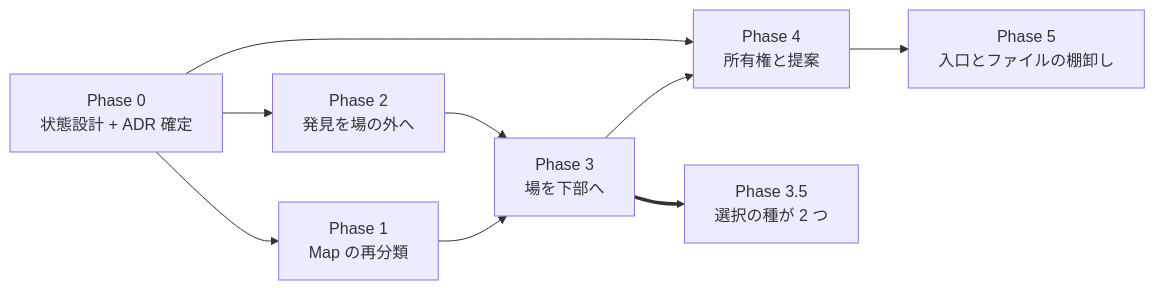
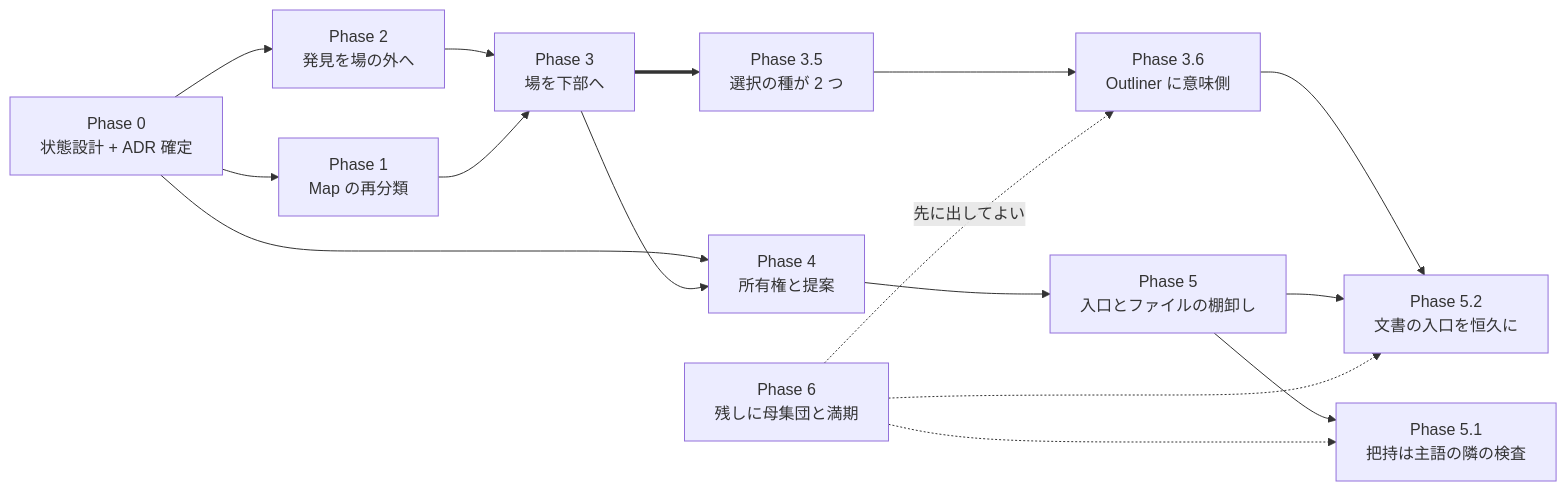
Before and after one commit to yuubae215/easy-extrude: the diagram in docs/ia-redesign/03-implementation-order.md, drawn with Mermaid. The commit also changed other lines of this file and 19 other files, not shown here.

````diff
--- a/docs/ia-redesign/03-implementation-order.md
+++ b/docs/ia-redesign/03-implementation-order.md
@@ -237,11 +332,18 @@
 ```mermaid
 graph LR
   P0["Phase 0<br/>状態設計 + ADR 確定"] --> P1["Phase 1<br/>Map の再分類"]
   P0 --> P2["Phase 2<br/>発見を場の外へ"]
   P0 --> P4["Phase 4<br/>所有権と提案"]
   P2 --> P3["Phase 3<br/>場を下部へ"]
   P1 --> P3
   P3 ==> P35["Phase 3.5<br/>選択の種が 2 つ"]
   P3 --> P4
   P4 --> P5["Phase 5<br/>入口とファイルの棚卸し"]
+  P35 --> P36["Phase 3.6<br/>Outliner に意味側"]
+  P5 --> P51["Phase 5.1<br/>把持は主語の隣の検査"]
+  P36 --> P52["Phase 5.2<br/>文書の入口を恒久に"]
+  P5 --> P52
+  P6["Phase 6<br/>残しに母集団と満期"] -.先に出してよい.-> P36
+  P6 -.-> P51
+  P6 -.-> P52
 ```
````
